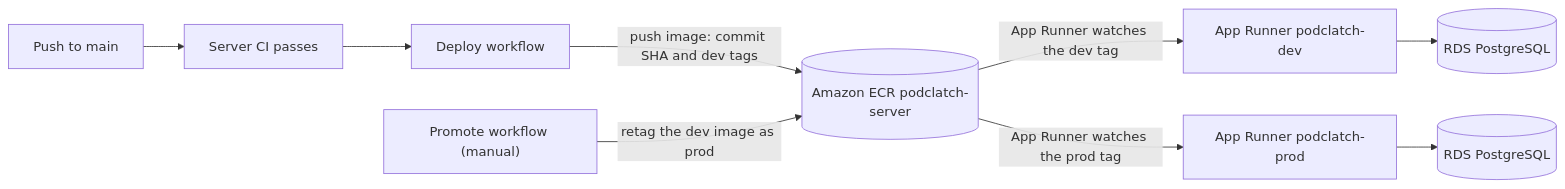
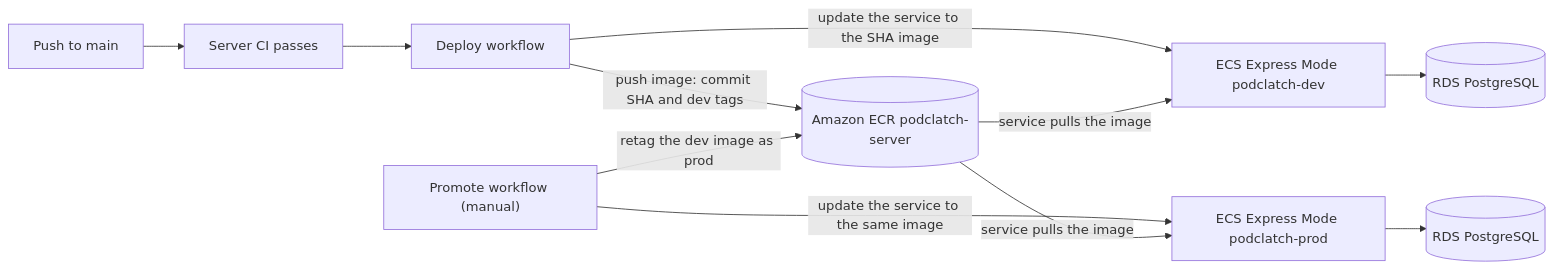
The second of 2 diagrams in README.md (jdobbelaar/podclatch), drawn with Mermaid before and after one commit. The commit also changed other lines of this file and 8 other files, not shown here.

First line of the commit message:
Refs #136: replace App Runner with ECS Express Mode (#137)

````diff
--- a/README.md
+++ b/README.md
@@ -111,11 +111,13 @@
 ```mermaid
 flowchart LR
   Push["Push to main"] --> CI["Server CI passes"]
   CI --> Deploy["Deploy workflow"]
   Deploy -- "push image: commit SHA and dev tags" --> ECR[("Amazon ECR podclatch-server")]
-  ECR -- "App Runner watches the dev tag" --> Dev["App Runner podclatch-dev"]
+  Deploy -- "update the service to the SHA image" --> Dev["ECS Express Mode podclatch-dev"]
+  ECR -- "service pulls the image" --> Dev
   Dev --> DevDb[("RDS PostgreSQL")]
   Promote["Promote workflow (manual)"] -- "retag the dev image as prod" --> ECR
-  ECR -- "App Runner watches the prod tag" --> Prod["App Runner podclatch-prod"]
+  Promote -- "update the service to the same image" --> Prod["ECS Express Mode podclatch-prod"]
+  ECR -- "service pulls the image" --> Prod
   Prod --> ProdDb[("RDS PostgreSQL")]
 ```
````
